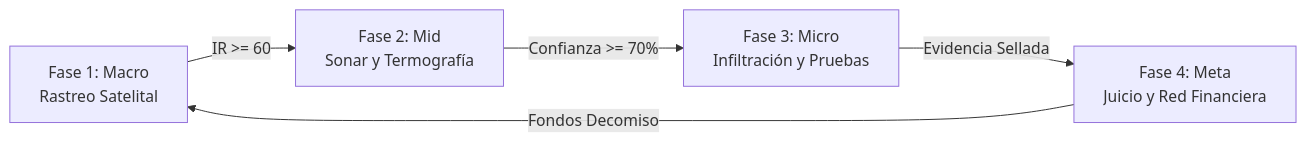
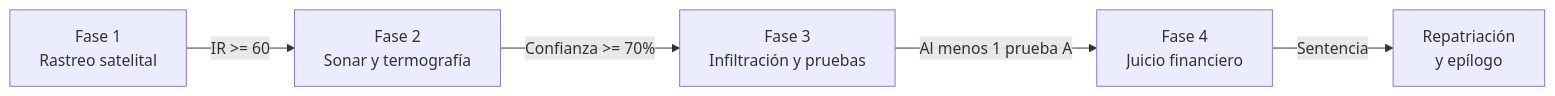
Before and after one commit to Efustion23/Kairos_Videojuego: the diagram in docs/GDD_RESUMEN_EJECUTIVO.md, drawn with Mermaid. The commit also changed other lines of this file and 6 other files, not shown here.

````diff
--- a/docs/GDD_RESUMEN_EJECUTIVO.md
+++ b/docs/GDD_RESUMEN_EJECUTIVO.md
@@ -36,7 +31,7 @@
 ```mermaid
 flowchart LR
-    F1["Fase 1: Macro<br/>Rastreo Satelital"] -->|IR >= 60| F2["Fase 2: Mid<br/>Sonar y Termografía"]
-    F2 -->|Confianza >= 70%| F3["Fase 3: Micro<br/>Infiltración y Pruebas"]
-    F3 -->|Evidencia Sellada| F4["Fase 4: Meta<br/>Juicio y Red Financiera"]
-    F4 -->|Fondos Decomiso| F1
+    F1["Fase 1<br/>Rastreo satelital"] -->|IR >= 60| F2["Fase 2<br/>Sonar y termografía"]
+    F2 -->|Confianza >= 70%| F3["Fase 3<br/>Infiltración y pruebas"]
+    F3 -->|Al menos 1 prueba A| F4["Fase 4<br/>Juicio financiero"]
+    F4 -->|Sentencia| R["Repatriación<br/>y epílogo"]
 ```
````
